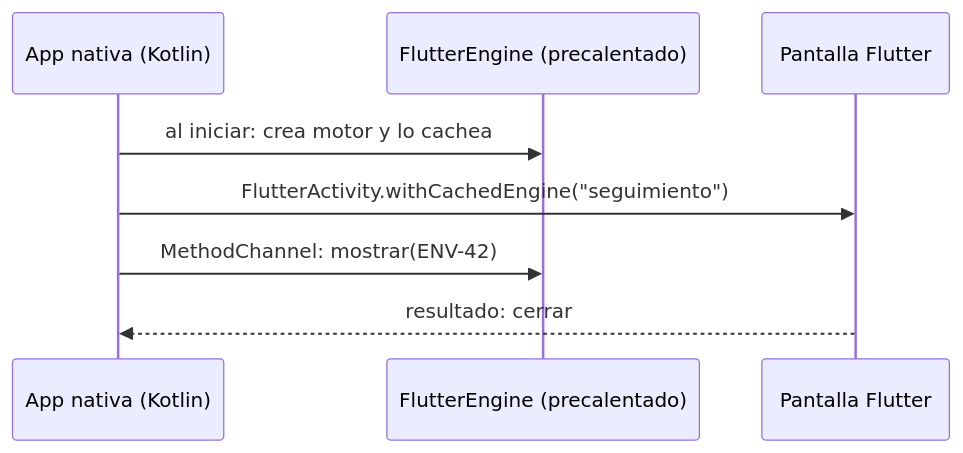
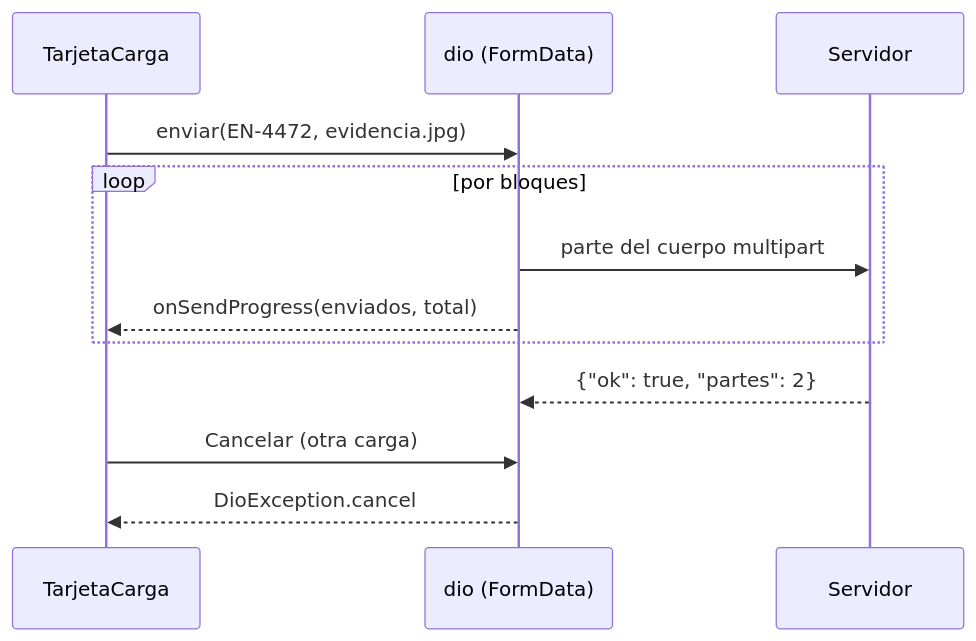
The fifth of 5 diagrams in web/public/content/flutter/modulo-7.md (NICORUIZ93/The_Imperial_Book), drawn with Mermaid before and after one commit. The commit also changed other lines of this file and 5 other files, not shown here.

First line of the commit message:
Flutter, Módulo 7: integración nativa ejecutada en la app de Linux

````diff
--- a/web/public/content/flutter/modulo-7.md
+++ b/web/public/content/flutter/modulo-7.md
@@ -693,10 +1525,14 @@
 ```mermaid
 sequenceDiagram
-    participant N as App nativa (Kotlin)
-    participant E as FlutterEngine (precalentado)
-    participant F as Pantalla Flutter
-    N->>E: al iniciar: crea motor y lo cachea
-    N->>F: FlutterActivity.withCachedEngine("seguimiento")
-    N->>E: MethodChannel: mostrar(ENV-42)
-    F-->>N: resultado: cerrar
+    participant T as TarjetaCarga
+    participant D as dio (FormData)
+    participant S as Servidor
+    T->>D: enviar(EN-4472, evidencia.jpg)
+    loop por bloques
+        D->>S: parte del cuerpo multipart
+        D-->>T: onSendProgress(enviados, total)
+    end
+    S-->>D: {"ok": true, "partes": 2}
+    T->>D: Cancelar (otra carga)
+    D-->>T: DioException.cancel
 ```
````
